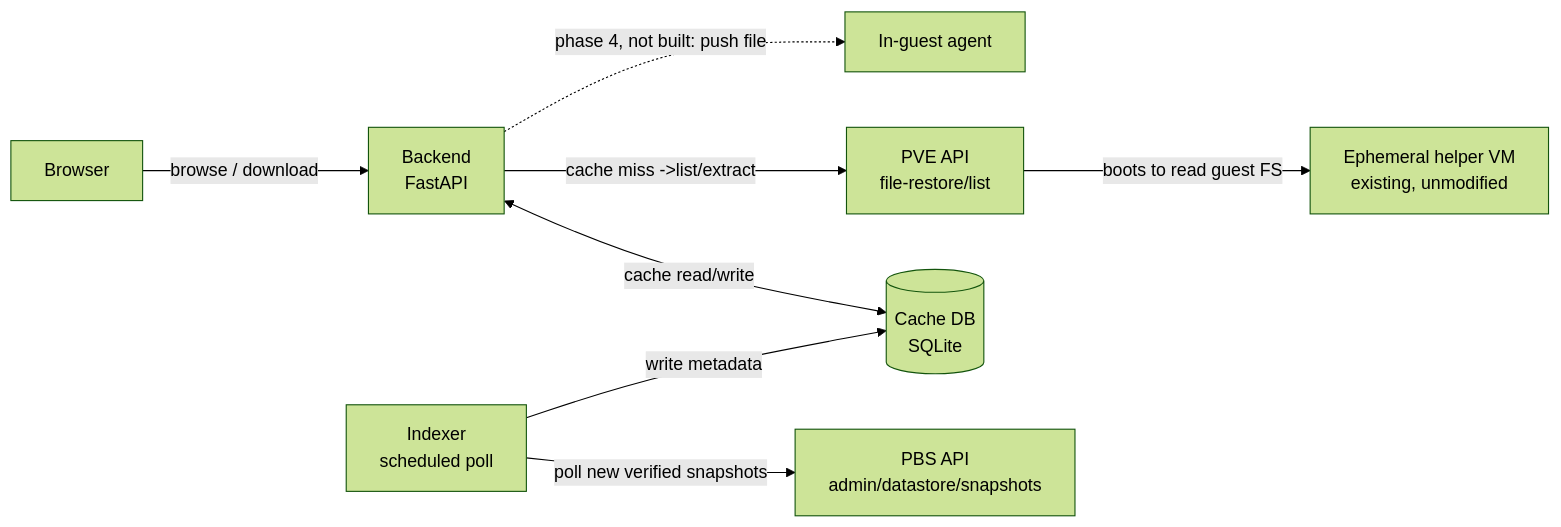
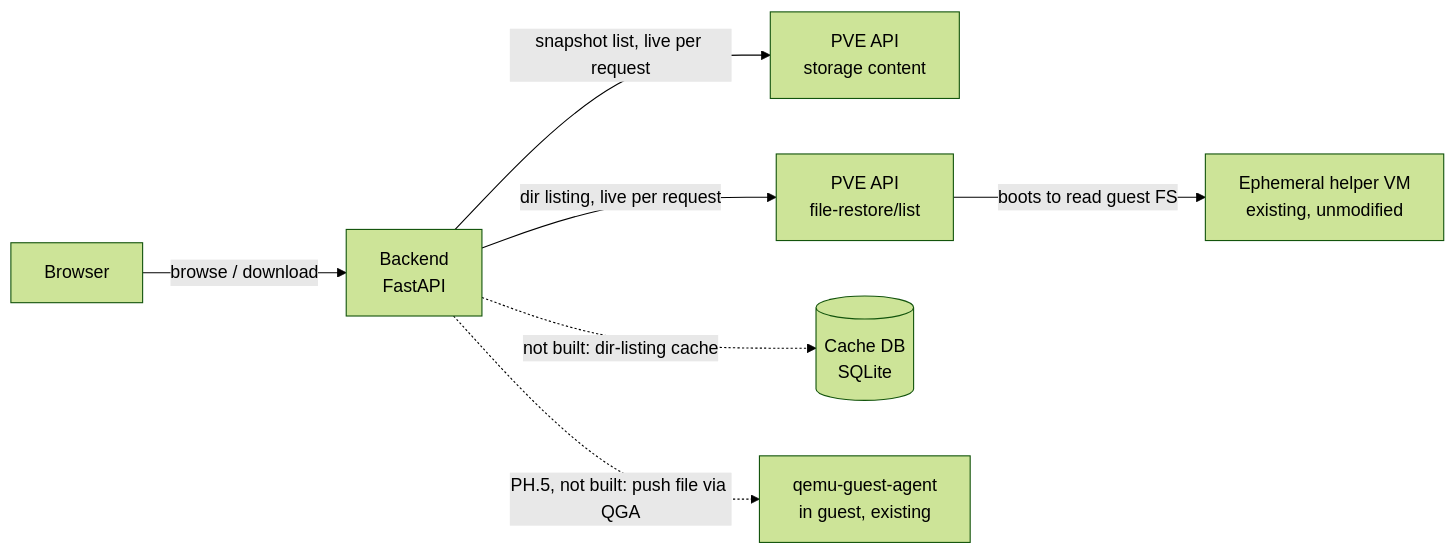
Before and after one commit to treycentric/pve-flr-portal: the diagram in docs/plan.md, drawn with Mermaid (forest theme). The commit also changed other lines of this file and 2 other files, not shown here.

First line of the commit message:
Revise plan: QGA push-to-guest, drop indexer, note PBS requirement

````diff
--- a/docs/plan.md
+++ b/docs/plan.md
@@ -243,10 +262,9 @@
 ```mermaid
 flowchart LR
     Browser -->|browse / download| Backend[Backend<br/>FastAPI]
-    Backend <-->|cache read/write| Cache[(Cache DB<br/>SQLite)]
-    Backend -->|cache miss ->list/extract| PVE[PVE API<br/>file-restore/list]
+    Backend -->|snapshot list, live per request| PVEc[PVE API<br/>storage content]
+    Backend -->|dir listing, live per request| PVE[PVE API<br/>file-restore/list]
+    Backend -.->|not built: dir-listing cache| Cache[(Cache DB<br/>SQLite)]
     PVE -->|boots to read guest FS| Helper[Ephemeral helper VM<br/>existing, unmodified]
-    Indexer[Indexer<br/>scheduled poll] -->|poll new verified snapshots| PBS[PBS API<br/>admin/datastore/snapshots]
-    Indexer -->|write metadata| Cache
-    Backend -.->|phase 4, not built: push file| Agent[In-guest agent]
+    Backend -.->|PH.5, not built: push file via QGA| QGA[qemu-guest-agent<br/>in guest, existing]
 ```
````
